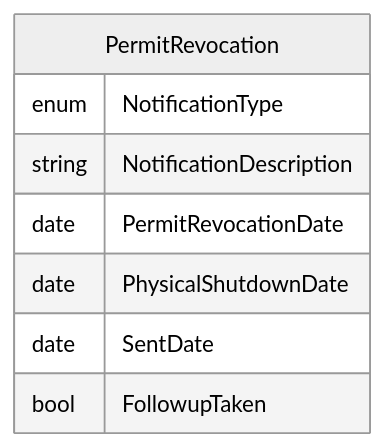
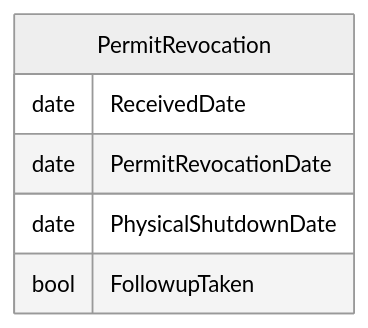
The second of 2 diagrams in docs/Workflows/Work-entries/Permit-Revocation.md (gaepdit/air-web), drawn with Mermaid (neutral theme) before and after one commit. The commit also changed other lines of this file and 3 other files, not shown here.

````diff
--- a/docs/Workflows/Work-entries/Permit-Revocation.md
+++ b/docs/Workflows/Work-entries/Permit-Revocation.md
@@ -38,11 +38,9 @@
 ```mermaid
 erDiagram
     PermitRevocation {
-        enum NotificationType
-        string NotificationDescription
+        date ReceivedDate
         date PermitRevocationDate
         date PhysicalShutdownDate
-        date SentDate
         bool FollowupTaken
     }
 ```
````
